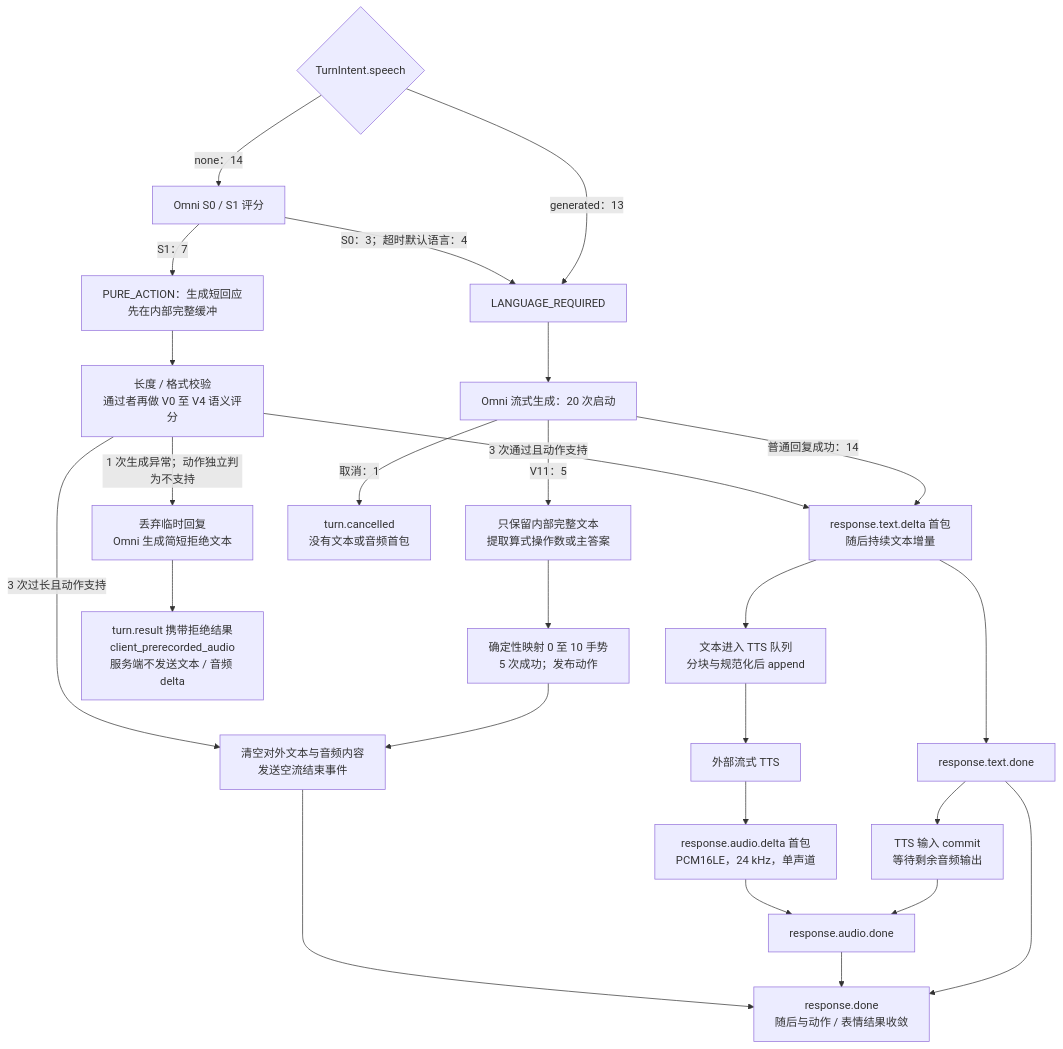
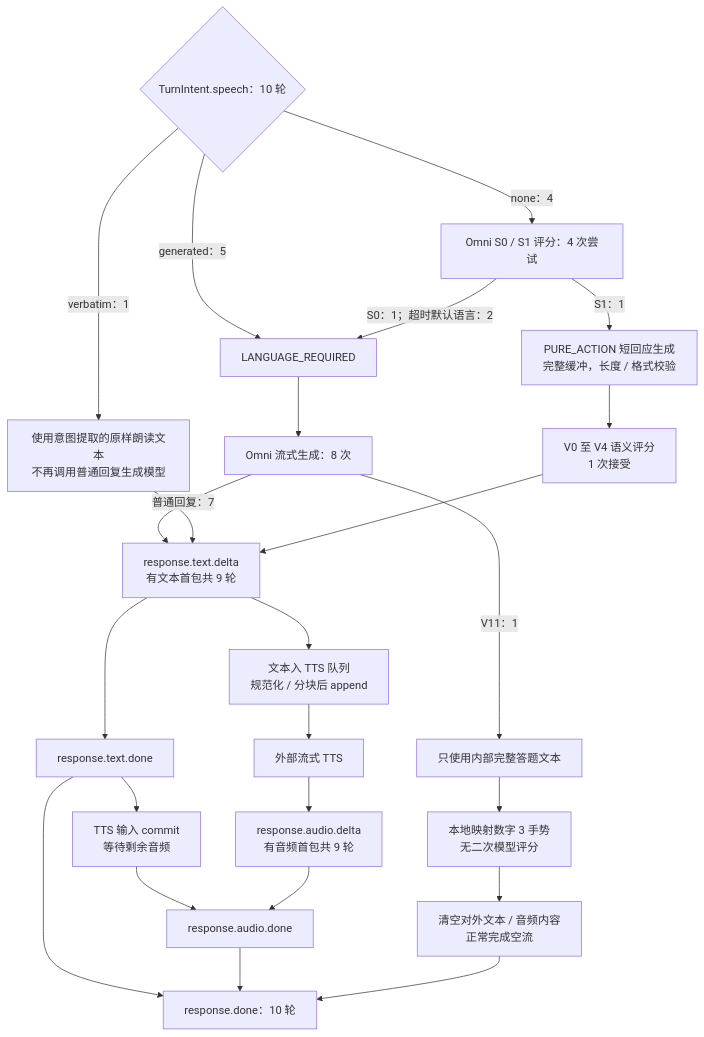
Before and after one commit to Framex-alg-dev/sglang-omni: the second of 3 diagrams in docs/developer_reference/action_inference/current_turn_pipeline_observed_20260917_CN.md, drawn with Mermaid. The commit also changed other lines of this file, not shown here.

````diff
--- a/docs/developer_reference/action_inference/current_turn_pipeline_observed_20260917_CN.md
+++ b/docs/developer_reference/action_inference/current_turn_pipeline_observed_20260917_CN.md
@@ -96,32 +94,28 @@
 ```mermaid
 flowchart TD
-    I{"TurnIntent.speech"}
-    I -->|"generated：13"| G["LANGUAGE_REQUIRED"]
-    I -->|"none：14"| S["Omni S0 / S1 评分"]
-    S -->|"S0：3；超时默认语言：4"| G
-    S -->|"S1：7"| P["PURE_ACTION：生成短回应<br/>先在内部完整缓冲"]
+    I{"TurnIntent.speech：10 轮"}
+    I -->|"generated：5"| G["LANGUAGE_REQUIRED"]
+    I -->|"verbatim：1"| V["使用意图提取的原样朗读文本<br/>不再调用普通回复生成模型"]
+    I -->|"none：4"| S["Omni S0 / S1 评分：4 次尝试"]
+    S -->|"S0：1；超时默认语言：2"| G
+    S -->|"S1：1"| P["PURE_ACTION 短回应生成<br/>完整缓冲，长度 / 格式校验"]
+    P --> CHECK["V0 至 V4 语义评分<br/>1 次接受"]
+    G --> MODEL["Omni 流式生成：8 次"]
+    MODEL -->|"普通回复：7"| TEXT["response.text.delta<br/>有文本首包共 9 轮"]
+    V --> TEXT
+    CHECK --> TEXT
+    MODEL -->|"V11：1"| INTERNAL["只使用内部完整答题文本"]
+    INTERNAL --> MAP["本地映射数字 3 手势<br/>无二次模型评分"]
+    MAP --> EMPTY["清空对外文本 / 音频内容<br/>正常完成空流"]
 
-    G --> MODEL["Omni 流式生成：20 次启动"]
-    MODEL -->|"普通回复成功：14"| TEXT["response.text.delta 首包<br/>随后持续文本增量"]
-    MODEL -->|"V11：5"| INTERNAL["只保留内部完整文本<br/>提取算式操作数或主答案"]
-    INTERNAL --> MAP["确定性映射 0 至 10 手势<br/>5 次成功；发布动作"]
-    MAP --> EMPTY["清空对外文本与音频内容<br/>发送空流结束事件"]
-    MODEL -->|"取消：1"| CANCEL["turn.cancelled<br/>没有文本或音频首包"]
-
-    P --> CHECK["长度 / 格式校验<br/>通过者再做 V0 至 V4 语义评分"]
-    CHECK -->|"3 次通过且动作支持"| TEXT
-    CHECK -->|"3 次过长且动作支持"| EMPTY
-    CHECK -->|"1 次生成异常；动作独立判为不支持"| REJECT["丢弃临时回复<br/>Omni 生成简短拒绝文本"]
-    REJECT --> FINAL["turn.result 携带拒绝结果<br/>client_prerecorded_audio<br/>服务端不发送文本 / 音频 delta"]
-
-    TEXT --> QUEUE["文本进入 TTS 队列<br/>分块与规范化后 append"]
+    TEXT --> QUEUE["文本入 TTS 队列<br/>规范化 / 分块后 append"]
     QUEUE --> TTS["外部流式 TTS"]
-    TTS --> AUDIO["response.audio.delta 首包<br/>PCM16LE，24 kHz，单声道"]
+    TTS --> AUDIO["response.audio.delta<br/>有音频首包共 9 轮"]
     TEXT --> TD["response.text.done"]
-    TD --> TC["TTS 输入 commit<br/>等待剩余音频输出"]
-    TC --> AD
-    AUDIO --> AD["response.audio.done"]
-    TD --> RD["response.done<br/>随后与动作 / 表情结果收敛"]
+    TD --> TC["TTS 输入 commit<br/>等待剩余音频"]
+    TC --> AD["response.audio.done"]
+    AUDIO --> AD
+    TD --> RD["response.done：10 轮"]
     AD --> RD
     EMPTY --> RD
 ```
````
